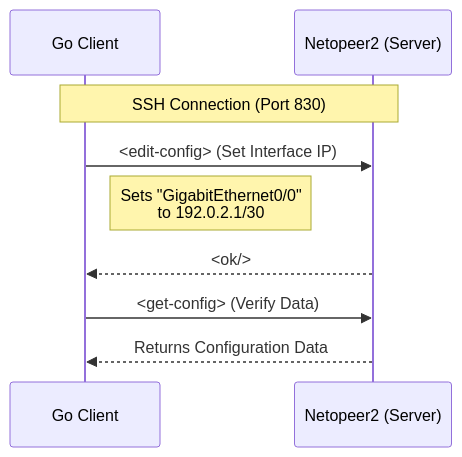
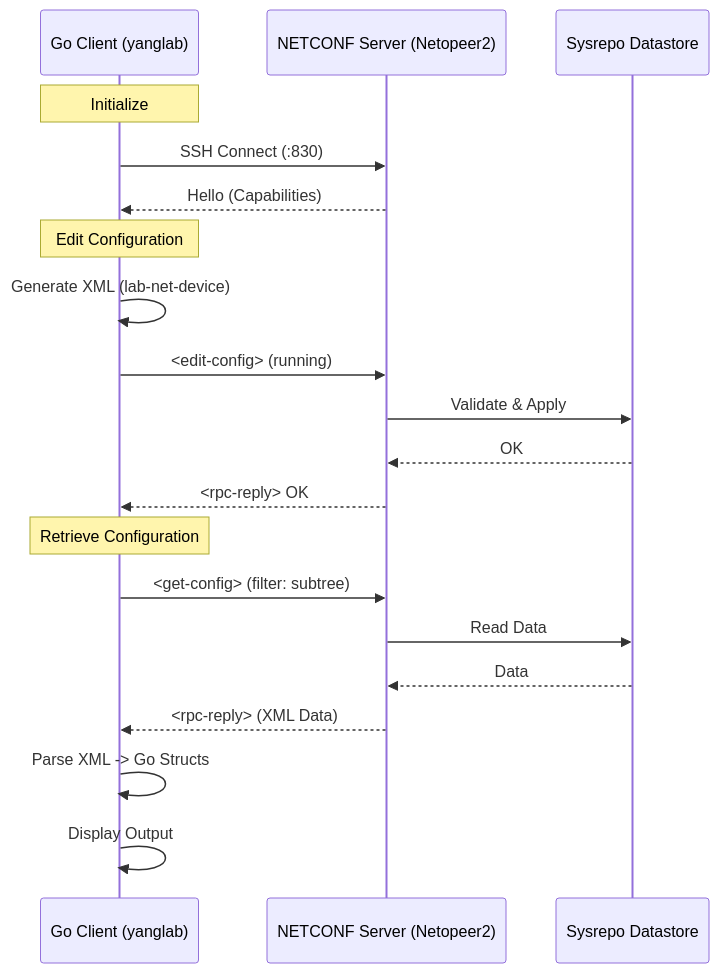
The diagram in README.md (YasinEnginn/yang-demo), drawn with Mermaid before and after one commit. The commit also changed other lines of this file and 8 other files, not shown here.

````diff
--- a/README.md
+++ b/README.md
@@ -51,15 +23,25 @@
 ```mermaid
 sequenceDiagram
-    participant Client as Go Client
-    participant Server as Netopeer2 (Server)
-    
-    Note over Client, Server: SSH Connection (Port 830)
-    
-    Client->>Server: <edit-config> (Set Interface IP)
-    Note right of Client: Sets "GigabitEthernet0/0" <br/> to 192.0.2.1/30
-    
-    Server-->>Client: <ok/>
-    
-    Client->>Server: <get-config> (Verify Data)
-    Server-->>Client: Returns Configuration Data
+    participant CLI as Go Client (yanglab)
+    participant NC as NETCONF Server (Netopeer2)
+    participant DS as Sysrepo Datastore
+
+    Note over CLI: Initialize
+    CLI->>NC: SSH Connect (:830)
+    NC-->>CLI: Hello (Capabilities)
+
+    Note over CLI: Edit Configuration
+    CLI->>CLI: Generate XML (lab-net-device)
+    CLI->>NC: <edit-config> (running)
+    NC->>DS: Validate & Apply
+    DS-->>NC: OK
+    NC-->>CLI: <rpc-reply> OK
+
+    Note over CLI: Retrieve Configuration
+    CLI->>NC: <get-config> (filter: subtree)
+    NC->>DS: Read Data
+    DS-->>NC: Data
+    NC-->>CLI: <rpc-reply> (XML Data)
+    CLI->>CLI: Parse XML -> Go Structs
+    CLI->>CLI: Display Output
 ```
````
